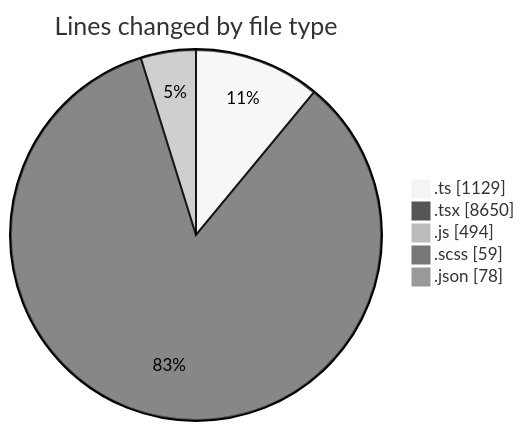
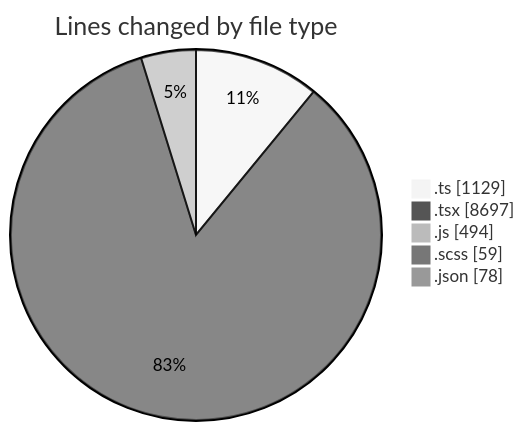
Before and after one commit to momahboobian/code-tracking: the first of 2 diagrams in 2025-09-02/cda/README.md, drawn with Mermaid (neutral theme). The commit also changed other lines of this file and 1 other file, not shown here.

````diff
--- a/2025-09-02/cda/README.md
+++ b/2025-09-02/cda/README.md
@@ -33,9 +33,9 @@
 ```mermaid
 pie showData
 title Lines changed by file type
 ".ts" : 1129
-".tsx" : 8650
+".tsx" : 8697
 ".js" : 494
 ".scss" : 59
 ".json" : 78
 ```
````
